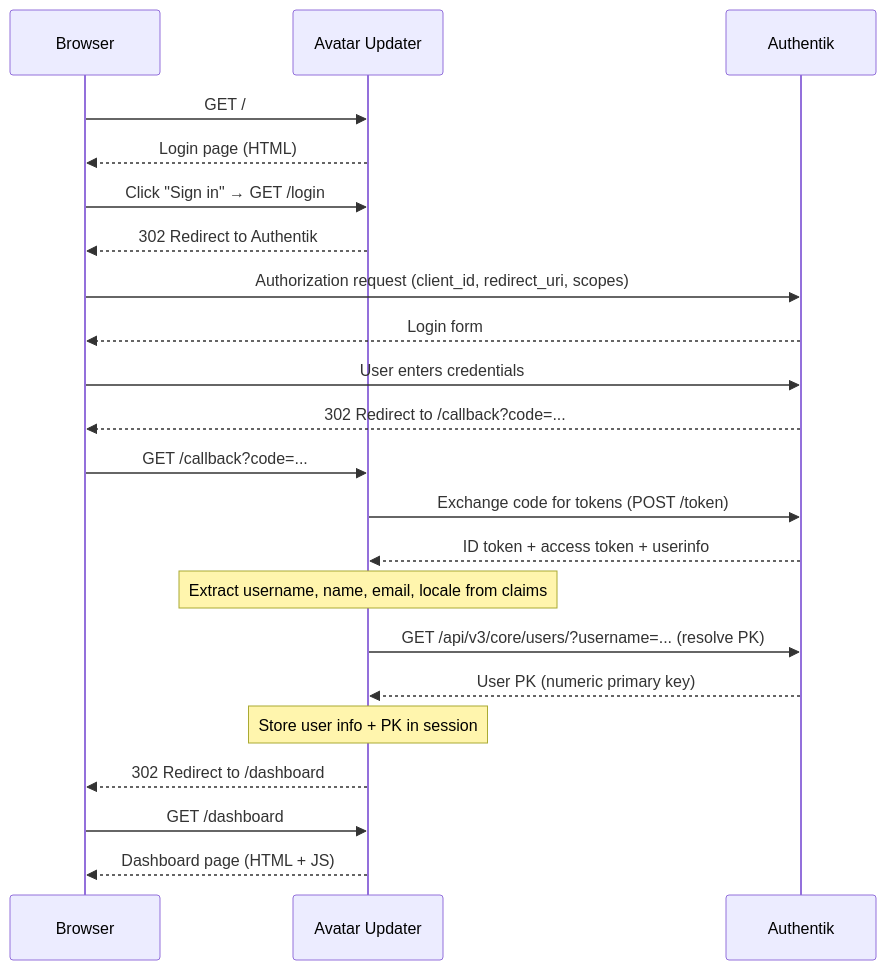
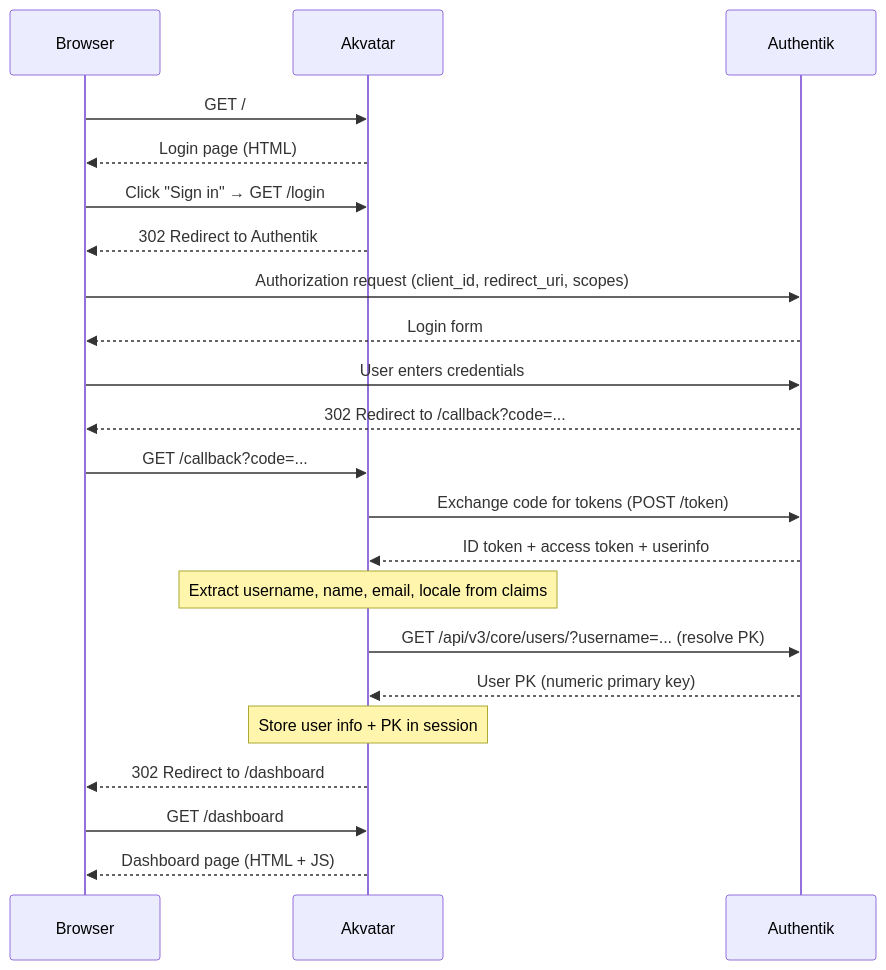
The first of 2 diagrams in docs/how-it-works.md (patschi/akvatar), drawn with Mermaid before and after one commit. The commit also changed other lines of this file and 4 other files, not shown here.

````diff
--- a/docs/how-it-works.md
+++ b/docs/how-it-works.md
@@ -31,30 +32,30 @@
 ```mermaid
 sequenceDiagram
     participant B as Browser
-    participant A as Avatar Updater
+    participant A as Akvatar
     participant K as Authentik
 
     B->>A: GET /
     A-->>B: Login page (HTML)
     B->>A: Click "Sign in" → GET /login
     A-->>B: 302 Redirect to Authentik
     B->>K: Authorization request (client_id, redirect_uri, scopes)
     K-->>B: Login form
     B->>K: User enters credentials
     K-->>B: 302 Redirect to /callback?code=...
 
     B->>A: GET /callback?code=...
     A->>K: Exchange code for tokens (POST /token)
     K-->>A: ID token + access token + userinfo
 
     Note over A: Extract username, name, email, locale from claims
 
     A->>K: GET /api/v3/core/users/?username=... (resolve PK)
     K-->>A: User PK (numeric primary key)
 
     Note over A: Store user info + PK in session
 
     A-->>B: 302 Redirect to /dashboard
     B->>A: GET /dashboard
     A-->>B: Dashboard page (HTML + JS)
 ```
````
